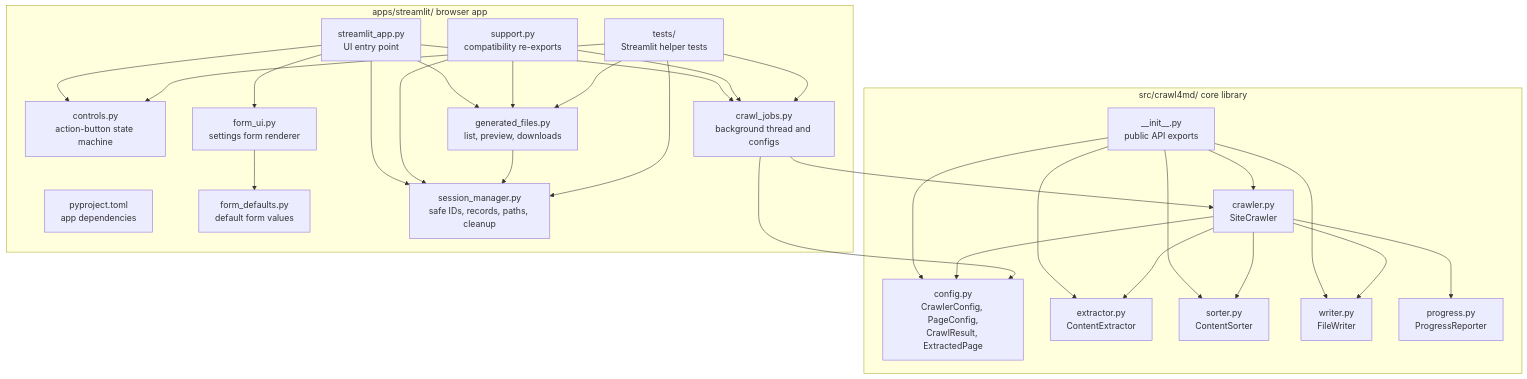
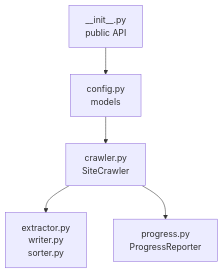
Before and after one commit to prakosd/rag-playground: the seventh of 9 diagrams in README.md, drawn with Mermaid. The commit also changed other lines of this file and 1 other file, not shown here.

Commit message:
refactor: update flowchart diagrams for improved clarity and organization in README files

````diff
--- a/README.md
+++ b/README.md
@@ -449,53 +430,7 @@
 ```mermaid
-flowchart TB
-  subgraph Core["src/crawl4md/ core library"]
-    PublicAPI["__init__.py<br/>public API exports"]
-    Config["config.py<br/>CrawlerConfig, PageConfig,<br/>CrawlResult, ExtractedPage"]
-    Crawler["crawler.py<br/>SiteCrawler"]
-    Extractor["extractor.py<br/>ContentExtractor"]
-    Sorter["sorter.py<br/>ContentSorter"]
-    Writer["writer.py<br/>FileWriter"]
-    Progress["progress.py<br/>ProgressReporter"]
-  end
-
-  subgraph App["apps/streamlit/ browser app"]
-    StreamlitApp["streamlit_app.py<br/>UI entry point"]
-    AppPackage["pyproject.toml<br/>app dependencies"]
-    Controls["controls.py<br/>action-button state machine"]
-    CrawlJobs["crawl_jobs.py<br/>background thread and configs"]
-    FormDefaults["form_defaults.py<br/>default form values"]
-    FormUI["form_ui.py<br/>settings form renderer"]
-    GeneratedFiles["generated_files.py<br/>list, preview, downloads"]
-    SessionManager["session_manager.py<br/>safe IDs, records, paths, cleanup"]
-    Support["support.py<br/>compatibility re-exports"]
-    AppTests["tests/<br/>Streamlit helper tests"]
-  end
-
-  PublicAPI --> Config
-  PublicAPI --> Crawler
-  PublicAPI --> Extractor
-  PublicAPI --> Sorter
-  PublicAPI --> Writer
-  Crawler --> Config
-  Crawler --> Extractor
-  Crawler --> Writer
-  Crawler --> Sorter
-  Crawler --> Progress
-
-  StreamlitApp --> Controls
-  StreamlitApp --> FormUI
-  StreamlitApp --> CrawlJobs
-  StreamlitApp --> GeneratedFiles
-  StreamlitApp --> SessionManager
-  Support --> CrawlJobs
-  Support --> GeneratedFiles
-  Support --> SessionManager
-  FormUI --> FormDefaults
-  CrawlJobs --> Crawler
-  CrawlJobs --> Config
-  GeneratedFiles --> SessionManager
-  AppTests --> Controls
-  AppTests --> CrawlJobs
-  AppTests --> GeneratedFiles
-  AppTests --> SessionManager
+flowchart TD
+  PublicAPI["__init__.py<br/>public API"] --> Config["config.py<br/>models"]
+  Config --> Crawler["crawler.py<br/>SiteCrawler"]
+  Crawler --> Pipeline["extractor.py<br/>writer.py<br/>sorter.py"]
+  Crawler --> Progress["progress.py<br/>ProgressReporter"]
 ```
````
